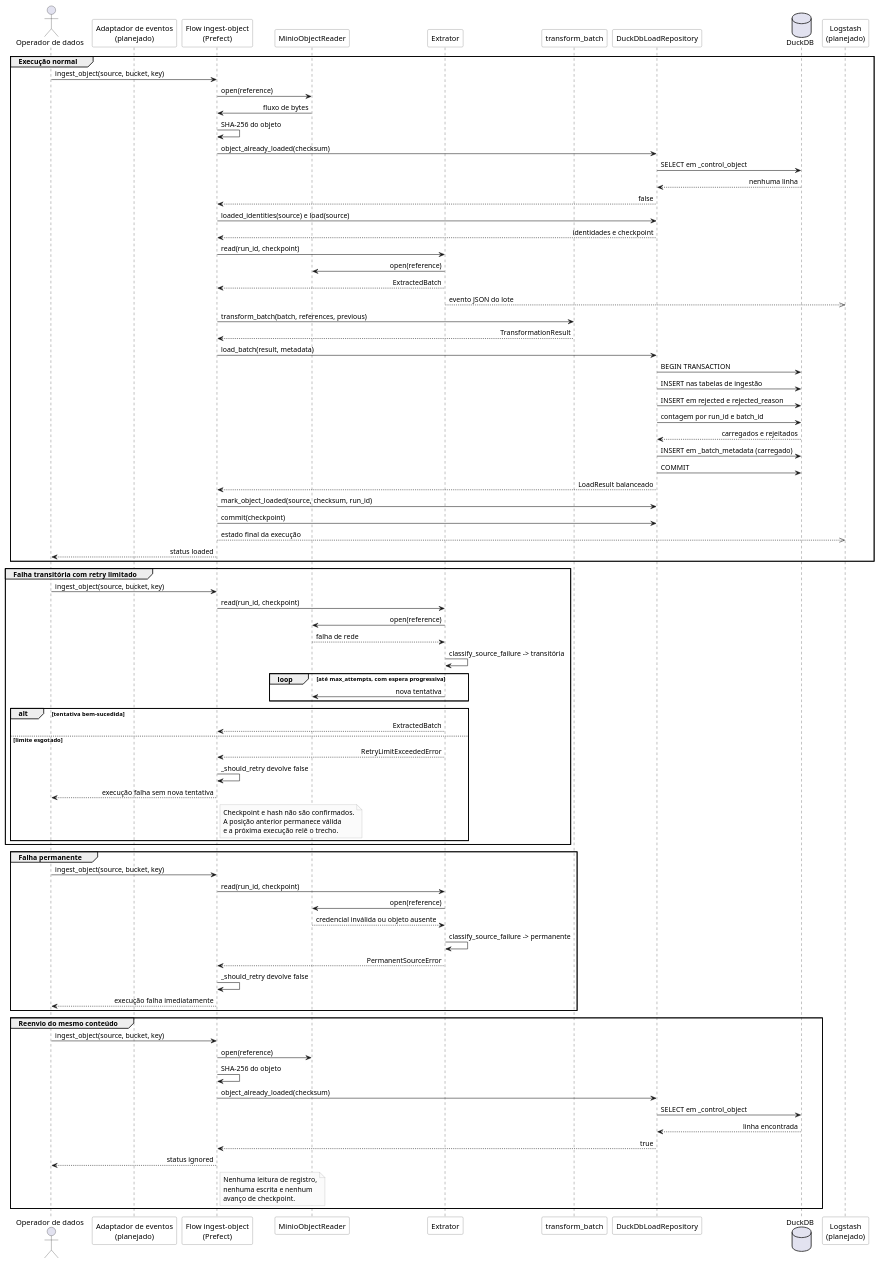
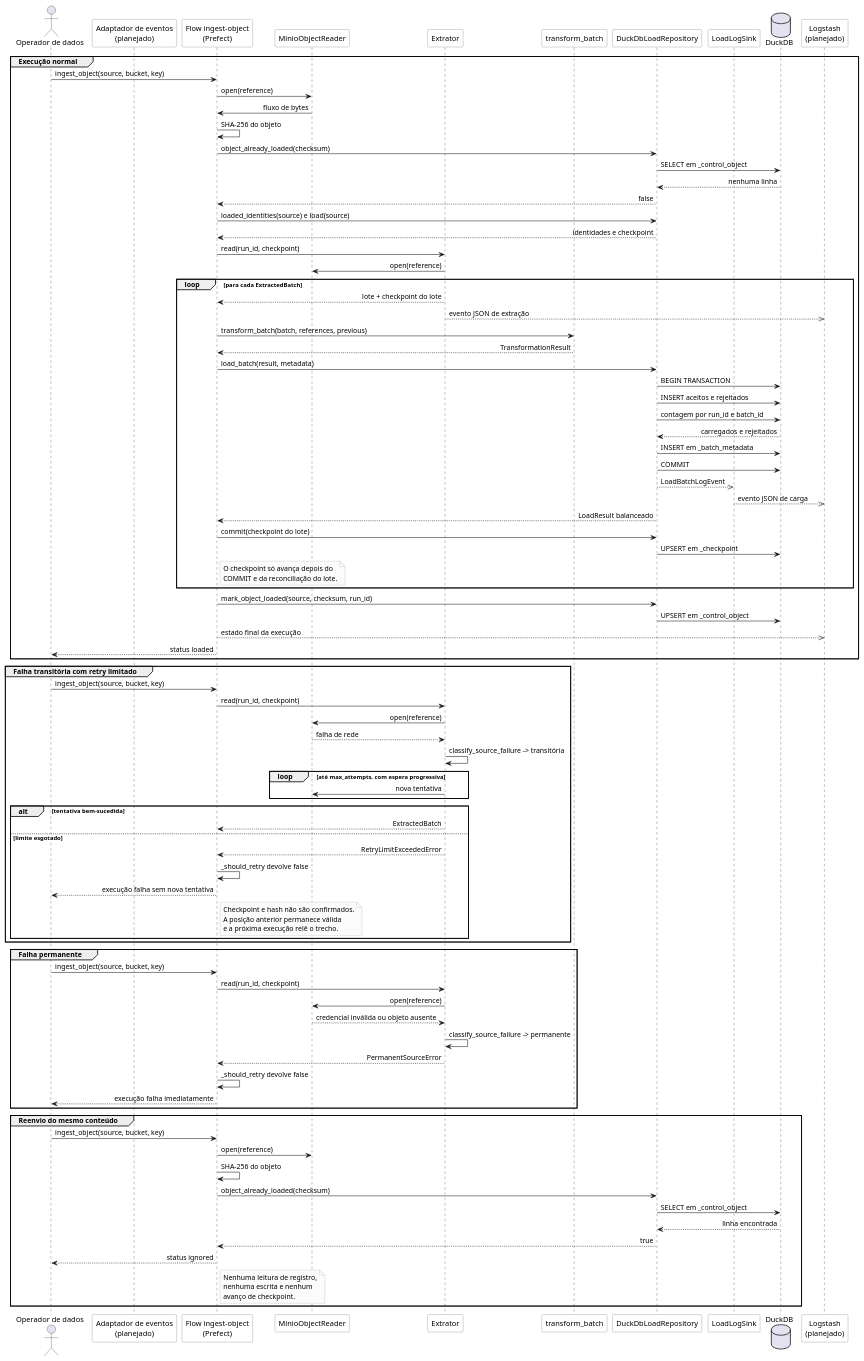
One commit to balb-0/Synapse changed the diagram in docs/assets/uml/sequencia-ingestao-etl.plantuml. Above: the diagram before and after it, drawn with PlantUML.

Commit message:
docs: representa checkpoint por lote #251

```diff
--- a/docs/assets/uml/sequencia-ingestao-etl.plantuml
+++ b/docs/assets/uml/sequencia-ingestao-etl.plantuml
@@ -1,106 +1,116 @@
 @startuml
 
 skinparam shadowing false
 skinparam sequenceMessageAlign first
 skinparam participant {
   BackgroundColor #FFFFFF
   BorderColor #666666
 }
 skinparam note {
   BackgroundColor #FBFBFB
   BorderColor #AAAAAA
 }
 
 actor "Operador de dados" as OPE
 participant "Adaptador de eventos\n(planejado)" as ADAPTER
 participant "Flow ingest-object\n(Prefect)" as FLOW
 participant "MinioObjectReader" as READER
 participant "Extrator" as EXTRACTOR
 participant "transform_batch" as TRANSFORM
 participant "DuckDbLoadRepository" as REPO
+participant "LoadLogSink" as LOADLOG
 database "DuckDB" as DB
 participant "Logstash\n(planejado)" as LOGS
 
 group Execução normal
   OPE -> FLOW : ingest_object(source, bucket, key)
   FLOW -> READER : open(reference)
   READER -> FLOW : fluxo de bytes
   FLOW -> FLOW : SHA-256 do objeto
   FLOW -> REPO : object_already_loaded(checksum)
   REPO -> DB : SELECT em _control_object
   DB --> REPO : nenhuma linha
   REPO --> FLOW : false
   FLOW -> REPO : loaded_identities(source) e load(source)
   REPO --> FLOW : identidades e checkpoint
   FLOW -> EXTRACTOR : read(run_id, checkpoint)
   EXTRACTOR -> READER : open(reference)
-  EXTRACTOR --> FLOW : ExtractedBatch
-  EXTRACTOR -->> LOGS : evento JSON do lote
-  FLOW -> TRANSFORM : transform_batch(batch, references, previous)
-  TRANSFORM --> FLOW : TransformationResult
-  FLOW -> REPO : load_batch(result, metadata)
-  REPO -> DB : BEGIN TRANSACTION
-  REPO -> DB : INSERT nas tabelas de ingestão
-  REPO -> DB : INSERT em rejected e rejected_reason
-  REPO -> DB : contagem por run_id e batch_id
-  DB --> REPO : carregados e rejeitados
-  REPO -> DB : INSERT em _batch_metadata (carregado)
-  REPO -> DB : COMMIT
-  REPO --> FLOW : LoadResult balanceado
+  loop para cada ExtractedBatch
+    EXTRACTOR --> FLOW : lote + checkpoint do lote
+    EXTRACTOR -->> LOGS : evento JSON de extração
+    FLOW -> TRANSFORM : transform_batch(batch, references, previous)
+    TRANSFORM --> FLOW : TransformationResult
+    FLOW -> REPO : load_batch(result, metadata)
+    REPO -> DB : BEGIN TRANSACTION
+    REPO -> DB : INSERT aceitos e rejeitados
+    REPO -> DB : contagem por run_id e batch_id
+    DB --> REPO : carregados e rejeitados
+    REPO -> DB : INSERT em _batch_metadata
+    REPO -> DB : COMMIT
+    REPO -->> LOADLOG : LoadBatchLogEvent
+    LOADLOG -->> LOGS : evento JSON de carga
+    REPO --> FLOW : LoadResult balanceado
+    FLOW -> REPO : commit(checkpoint do lote)
+    REPO -> DB : UPSERT em _checkpoint
+    note right of FLOW
+      O checkpoint só avança depois do
+      COMMIT e da reconciliação do lote.
+    end note
+  end
   FLOW -> REPO : mark_object_loaded(source, checksum, run_id)
-  FLOW -> REPO : commit(checkpoint)
+  REPO -> DB : UPSERT em _control_object
   FLOW -->> LOGS : estado final da execução
   FLOW --> OPE : status loaded
 end
 
 group Falha transitória com retry limitado
   OPE -> FLOW : ingest_object(source, bucket, key)
   FLOW -> EXTRACTOR : read(run_id, checkpoint)
   EXTRACTOR -> READER : open(reference)
   READER --> EXTRACTOR : falha de rede
   EXTRACTOR -> EXTRACTOR : classify_source_failure -> transitória
   loop até max_attempts, com espera progressiva
     EXTRACTOR -> READER : nova tentativa
   end
   alt tentativa bem-sucedida
     EXTRACTOR --> FLOW : ExtractedBatch
   else limite esgotado
     EXTRACTOR --> FLOW : RetryLimitExceededError
     FLOW -> FLOW : _should_retry devolve false
     FLOW --> OPE : execução falha sem nova tentativa
     note right of FLOW
       Checkpoint e hash não são confirmados.
       A posição anterior permanece válida
       e a próxima execução relê o trecho.
     end note
   end
 end
 
 group Falha permanente
   OPE -> FLOW : ingest_object(source, bucket, key)
   FLOW -> EXTRACTOR : read(run_id, checkpoint)
   EXTRACTOR -> READER : open(reference)
   READER --> EXTRACTOR : credencial inválida ou objeto ausente
   EXTRACTOR -> EXTRACTOR : classify_source_failure -> permanente
   EXTRACTOR --> FLOW : PermanentSourceError
   FLOW -> FLOW : _should_retry devolve false
   FLOW --> OPE : execução falha imediatamente
 end
 
 group Reenvio do mesmo conteúdo
   OPE -> FLOW : ingest_object(source, bucket, key)
   FLOW -> READER : open(reference)
   FLOW -> FLOW : SHA-256 do objeto
   FLOW -> REPO : object_already_loaded(checksum)
   REPO -> DB : SELECT em _control_object
   DB --> REPO : linha encontrada
   REPO --> FLOW : true
   FLOW --> OPE : status ignored
   note right of FLOW
     Nenhuma leitura de registro,
     nenhuma escrita e nenhum
     avanço de checkpoint.
   end note
 end
 
 @enduml
```
